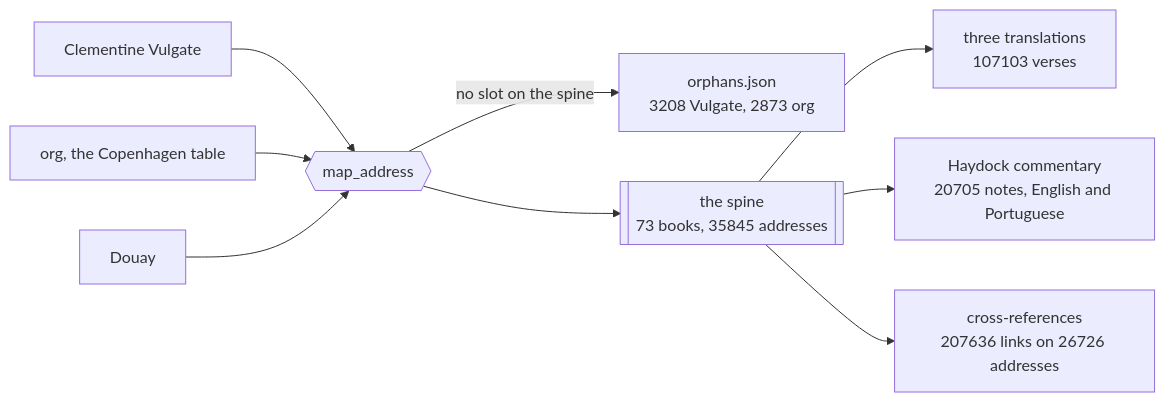
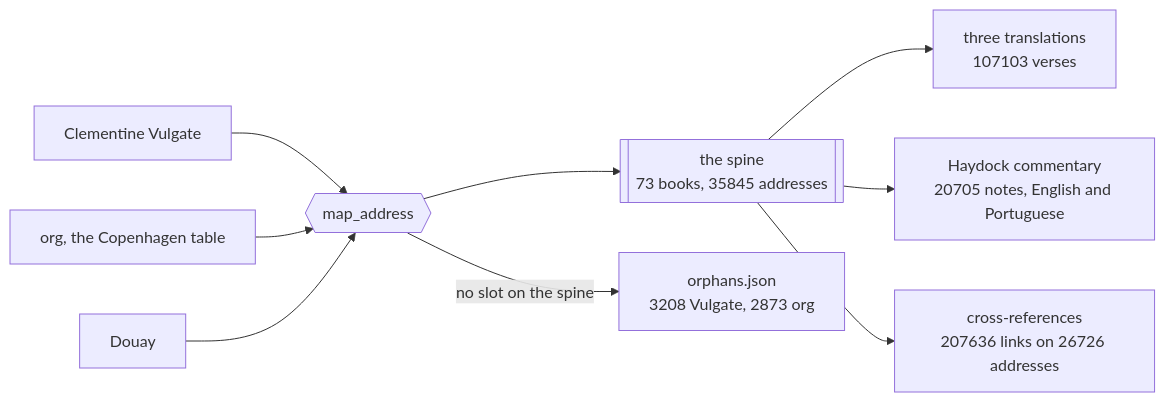
One commit to ronaldoscotti/catholic-bible changed the diagram in README.md. Above: the diagram before and after it, drawn with Mermaid. The commit also changed other lines of this file, not shown here.

Commit message:
docs: keep the spine on the main rank in the shape diagram

````diff
--- a/README.md
+++ b/README.md
@@ -218,11 +218,11 @@
 ```mermaid
 flowchart LR
   V["Clementine Vulgate"] --> M{{"map_address"}}
   O["org, the Copenhagen table"] --> M
   D["Douay"] --> M
-  M -->|"no slot on the spine"| ORPH["orphans.json<br>3208 Vulgate, 2873 org"]
   M --> S[["the spine<br>73 books, 35845 addresses"]]
   S --> T["three translations<br>107103 verses"]
   S --> C["Haydock commentary<br>20705 notes, English and Portuguese"]
   S --> X["cross-references<br>207636 links on 26726 addresses"]
+  M -->|"no slot on the spine"| ORPH["orphans.json<br>3208 Vulgate, 2873 org"]
 ```
````
